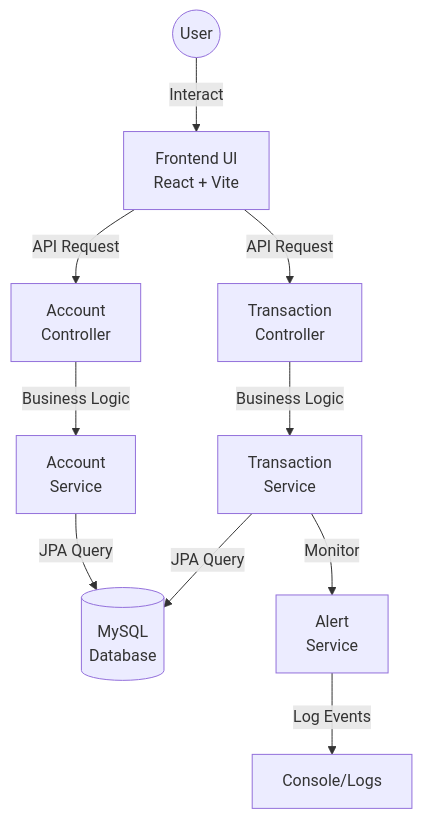
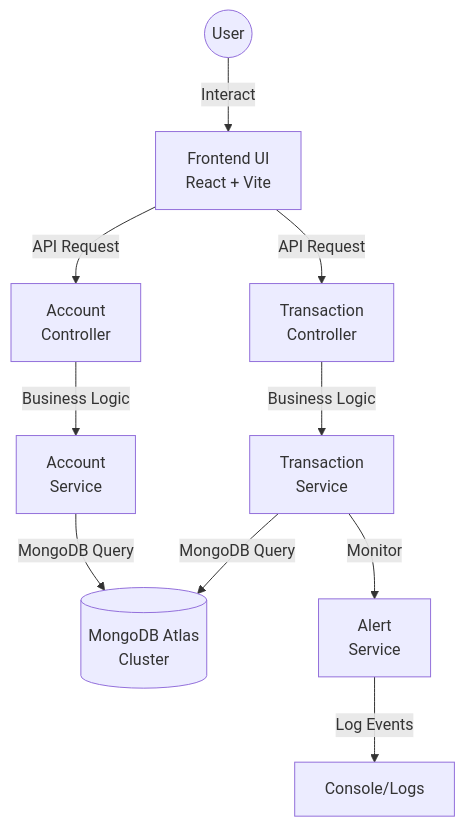
The diagram in README.md (TechByAnshuu/VaultXchange), drawn with Mermaid before and after one commit. The commit also changed other lines of this file and 33 other files, not shown here.

Commit message:
Migrated to MongoDB Atlas, refined React UI, and added Render/Vercel deployment configs

````diff
--- a/README.md
+++ b/README.md
@@ -67,16 +68,16 @@
 ```mermaid
 graph TD
     User((User)) -->|Interact| UI[Frontend UI<br/>React + Vite]
     
     UI -->|API Request| AC[Account<br/>Controller]
     UI -->|API Request| TC[Transaction<br/>Controller]
     
     AC -->|Business Logic| AS[Account<br/>Service]
     TC -->|Business Logic| TS[Transaction<br/>Service]
     
-    AS -->|JPA Query| DB[(MySQL<br/>Database)]
-    TS -->|JPA Query| DB
+    AS -->|MongoDB Query| DB[(MongoDB Atlas<br/>Cluster)]
+    TS -->|MongoDB Query| DB
     
     TS -->|Monitor| ALS[Alert<br/>Service]
     ALS -->|Log Events| Console[Console/Logs]
 ```
````
